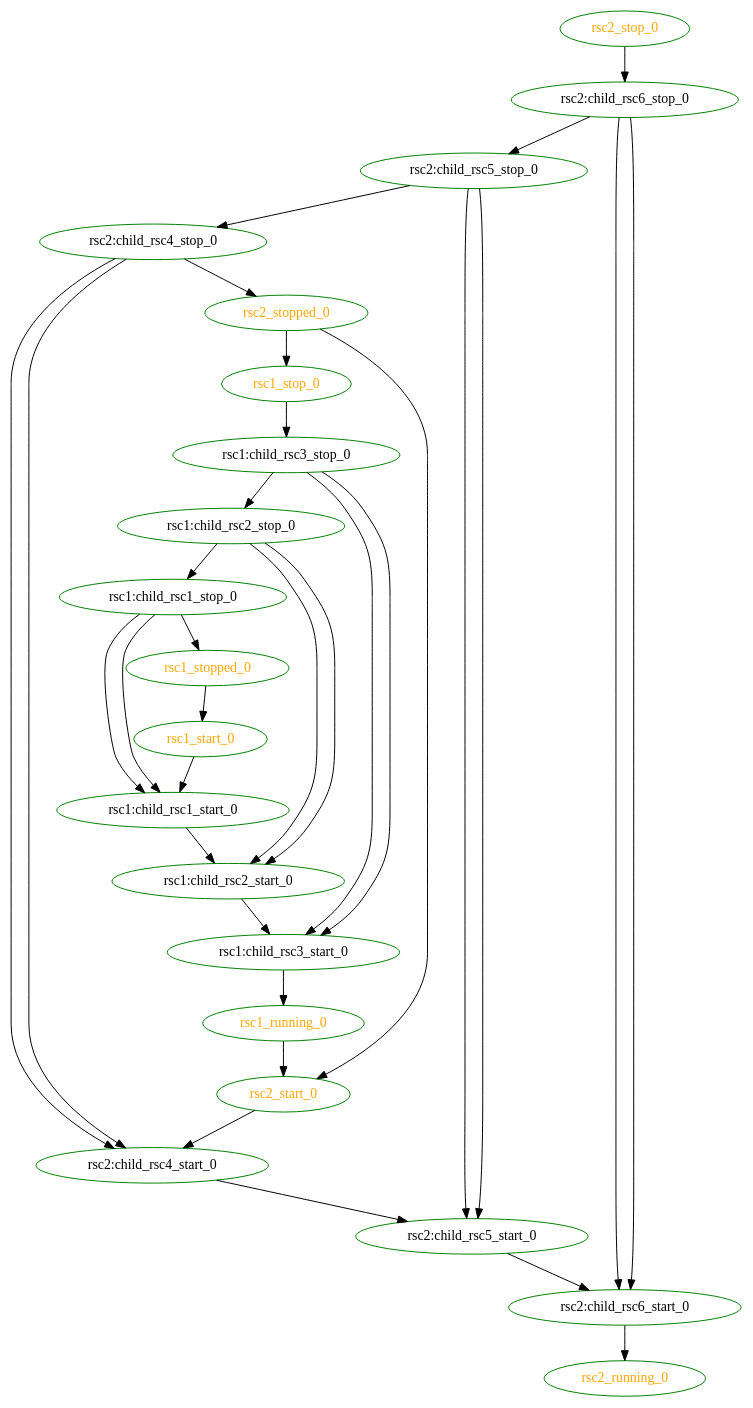
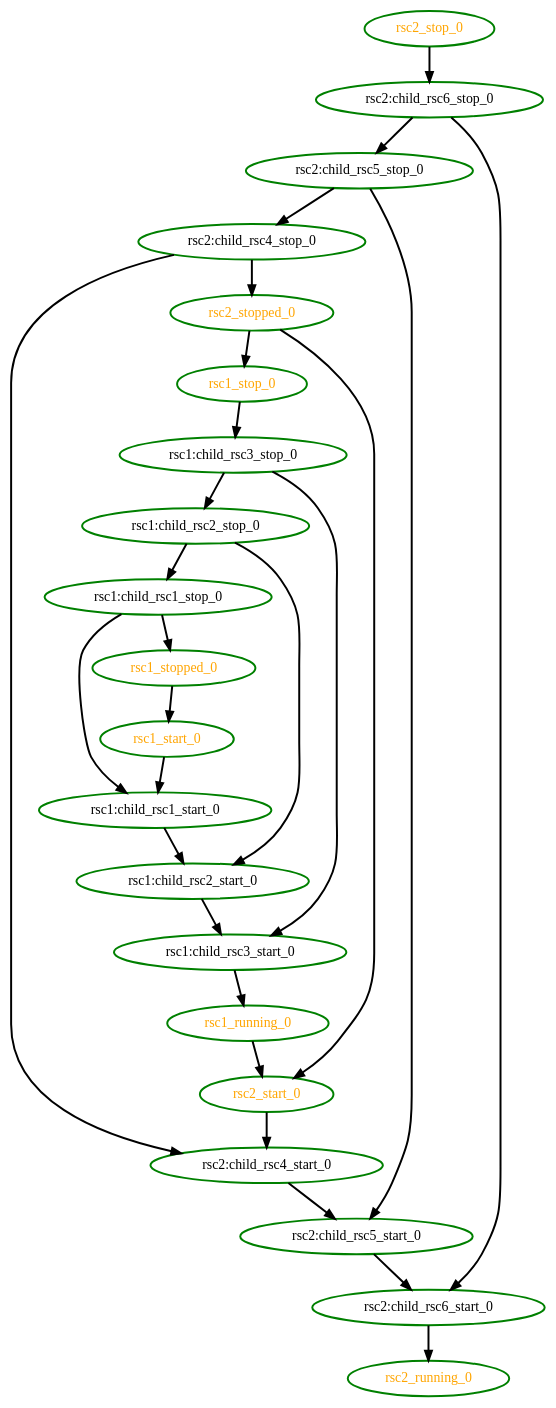
One commit to richiewen8/heartbeat changed the diagram in crm/pengine/testcases/group6.dot. Above: the diagram before and after it, drawn with Graphviz. The commit also changed 101 other files, not shown here.

```diff
--- a/crm/pengine/testcases/group6.dot
+++ b/crm/pengine/testcases/group6.dot
@@ -1,55 +1,49 @@
 digraph "g" {
 	size = "30,30"
-"rsc1:child_rsc1_stop_0" [ tooltip="node1" color="green" fontcolor="black" ]
-"rsc1:child_rsc1_start_0" [ tooltip="node2" color="green" fontcolor="black" ]
-"rsc1:child_rsc2_stop_0" [ tooltip="node1" color="green" fontcolor="black" ]
-"rsc1:child_rsc2_start_0" [ tooltip="node2" color="green" fontcolor="black" ]
-"rsc1:child_rsc3_stop_0" [ tooltip="node1" color="green" fontcolor="black" ]
-"rsc1:child_rsc3_start_0" [ tooltip="node2" color="green" fontcolor="black" ]
-"rsc1_start_0" [ tooltip="" color="green" fontcolor="orange" ]
-"rsc1_running_0" [ tooltip="" color="green" fontcolor="orange" ]
-"rsc1_stop_0" [ tooltip="" color="green" fontcolor="orange" ]
-"rsc1_stopped_0" [ tooltip="" color="green" fontcolor="orange" ]
-"rsc2:child_rsc4_stop_0" [ tooltip="node1" color="green" fontcolor="black" ]
-"rsc2:child_rsc4_start_0" [ tooltip="node2" color="green" fontcolor="black" ]
-"rsc2:child_rsc5_stop_0" [ tooltip="node1" color="green" fontcolor="black" ]
-"rsc2:child_rsc5_start_0" [ tooltip="node2" color="green" fontcolor="black" ]
-"rsc2:child_rsc6_stop_0" [ tooltip="node1" color="green" fontcolor="black" ]
-"rsc2:child_rsc6_start_0" [ tooltip="node2" color="green" fontcolor="black" ]
-"rsc2_start_0" [ tooltip="" color="green" fontcolor="orange" ]
-"rsc2_running_0" [ tooltip="" color="green" fontcolor="orange" ]
-"rsc2_stop_0" [ tooltip="" color="green" fontcolor="orange" ]
-"rsc2_stopped_0" [ tooltip="" color="green" fontcolor="orange" ]
-"rsc1:child_rsc2_stop_0" -> "rsc1:child_rsc1_stop_0"
-"rsc1:child_rsc1_stop_0" -> "rsc1:child_rsc1_start_0"
-"rsc1:child_rsc1_stop_0" -> "rsc1:child_rsc1_start_0"
-"rsc1_start_0" -> "rsc1:child_rsc1_start_0"
-"rsc1:child_rsc3_stop_0" -> "rsc1:child_rsc2_stop_0"
-"rsc1:child_rsc1_start_0" -> "rsc1:child_rsc2_start_0"
-"rsc1:child_rsc2_stop_0" -> "rsc1:child_rsc2_start_0"
-"rsc1:child_rsc2_stop_0" -> "rsc1:child_rsc2_start_0"
-"rsc1_stop_0" -> "rsc1:child_rsc3_stop_0"
-"rsc1:child_rsc2_start_0" -> "rsc1:child_rsc3_start_0"
-"rsc1:child_rsc3_stop_0" -> "rsc1:child_rsc3_start_0"
-"rsc1:child_rsc3_stop_0" -> "rsc1:child_rsc3_start_0"
-"rsc1_stopped_0" -> "rsc1_start_0"
-"rsc1:child_rsc3_start_0" -> "rsc1_running_0"
-"rsc2_stopped_0" -> "rsc1_stop_0"
-"rsc1:child_rsc1_stop_0" -> "rsc1_stopped_0"
-"rsc2:child_rsc5_stop_0" -> "rsc2:child_rsc4_stop_0"
-"rsc2:child_rsc4_stop_0" -> "rsc2:child_rsc4_start_0"
-"rsc2:child_rsc4_stop_0" -> "rsc2:child_rsc4_start_0"
-"rsc2_start_0" -> "rsc2:child_rsc4_start_0"
-"rsc2:child_rsc6_stop_0" -> "rsc2:child_rsc5_stop_0"
-"rsc2:child_rsc4_start_0" -> "rsc2:child_rsc5_start_0"
-"rsc2:child_rsc5_stop_0" -> "rsc2:child_rsc5_start_0"
-"rsc2:child_rsc5_stop_0" -> "rsc2:child_rsc5_start_0"
-"rsc2_stop_0" -> "rsc2:child_rsc6_stop_0"
-"rsc2:child_rsc5_start_0" -> "rsc2:child_rsc6_start_0"
-"rsc2:child_rsc6_stop_0" -> "rsc2:child_rsc6_start_0"
-"rsc2:child_rsc6_stop_0" -> "rsc2:child_rsc6_start_0"
-"rsc1_running_0" -> "rsc2_start_0"
-"rsc2_stopped_0" -> "rsc2_start_0"
-"rsc2:child_rsc6_start_0" -> "rsc2_running_0"
-"rsc2:child_rsc4_stop_0" -> "rsc2_stopped_0"
+"rsc1:child_rsc1_stop_0" [ tooltip="node1" style=bold color="green" fontcolor="black" ]
+"rsc1:child_rsc1_start_0" [ tooltip="node2" style=bold color="green" fontcolor="black" ]
+"rsc1:child_rsc2_stop_0" [ tooltip="node1" style=bold color="green" fontcolor="black" ]
+"rsc1:child_rsc2_start_0" [ tooltip="node2" style=bold color="green" fontcolor="black" ]
+"rsc1:child_rsc3_stop_0" [ tooltip="node1" style=bold color="green" fontcolor="black" ]
+"rsc1:child_rsc3_start_0" [ tooltip="node2" style=bold color="green" fontcolor="black" ]
+"rsc1_start_0" [ tooltip="" style=bold color="green" fontcolor="orange" ]
+"rsc1_running_0" [ tooltip="" style=bold color="green" fontcolor="orange" ]
+"rsc1_stop_0" [ tooltip="" style=bold color="green" fontcolor="orange" ]
+"rsc1_stopped_0" [ tooltip="" style=bold color="green" fontcolor="orange" ]
+"rsc2:child_rsc4_stop_0" [ tooltip="node1" style=bold color="green" fontcolor="black" ]
+"rsc2:child_rsc4_start_0" [ tooltip="node2" style=bold color="green" fontcolor="black" ]
+"rsc2:child_rsc5_stop_0" [ tooltip="node1" style=bold color="green" fontcolor="black" ]
+"rsc2:child_rsc5_start_0" [ tooltip="node2" style=bold color="green" fontcolor="black" ]
+"rsc2:child_rsc6_stop_0" [ tooltip="node1" style=bold color="green" fontcolor="black" ]
+"rsc2:child_rsc6_start_0" [ tooltip="node2" style=bold color="green" fontcolor="black" ]
+"rsc2_start_0" [ tooltip="" style=bold color="green" fontcolor="orange" ]
+"rsc2_running_0" [ tooltip="" style=bold color="green" fontcolor="orange" ]
+"rsc2_stop_0" [ tooltip="" style=bold color="green" fontcolor="orange" ]
+"rsc2_stopped_0" [ tooltip="" style=bold color="green" fontcolor="orange" ]
+"rsc1:child_rsc2_stop_0" -> "rsc1:child_rsc1_stop_0" [ style = bold]
+"rsc1:child_rsc1_stop_0" -> "rsc1:child_rsc1_start_0" [ style = bold]
+"rsc1_start_0" -> "rsc1:child_rsc1_start_0" [ style = bold]
+"rsc1:child_rsc3_stop_0" -> "rsc1:child_rsc2_stop_0" [ style = bold]
+"rsc1:child_rsc1_start_0" -> "rsc1:child_rsc2_start_0" [ style = bold]
+"rsc1:child_rsc2_stop_0" -> "rsc1:child_rsc2_start_0" [ style = bold]
+"rsc1_stop_0" -> "rsc1:child_rsc3_stop_0" [ style = bold]
+"rsc1:child_rsc2_start_0" -> "rsc1:child_rsc3_start_0" [ style = bold]
+"rsc1:child_rsc3_stop_0" -> "rsc1:child_rsc3_start_0" [ style = bold]
+"rsc1_stopped_0" -> "rsc1_start_0" [ style = bold]
+"rsc1:child_rsc3_start_0" -> "rsc1_running_0" [ style = bold]
+"rsc2_stopped_0" -> "rsc1_stop_0" [ style = bold]
+"rsc1:child_rsc1_stop_0" -> "rsc1_stopped_0" [ style = bold]
+"rsc2:child_rsc5_stop_0" -> "rsc2:child_rsc4_stop_0" [ style = bold]
+"rsc2:child_rsc4_stop_0" -> "rsc2:child_rsc4_start_0" [ style = bold]
+"rsc2_start_0" -> "rsc2:child_rsc4_start_0" [ style = bold]
+"rsc2:child_rsc6_stop_0" -> "rsc2:child_rsc5_stop_0" [ style = bold]
+"rsc2:child_rsc4_start_0" -> "rsc2:child_rsc5_start_0" [ style = bold]
+"rsc2:child_rsc5_stop_0" -> "rsc2:child_rsc5_start_0" [ style = bold]
+"rsc2_stop_0" -> "rsc2:child_rsc6_stop_0" [ style = bold]
+"rsc2:child_rsc5_start_0" -> "rsc2:child_rsc6_start_0" [ style = bold]
+"rsc2:child_rsc6_stop_0" -> "rsc2:child_rsc6_start_0" [ style = bold]
+"rsc1_running_0" -> "rsc2_start_0" [ style = bold]
+"rsc2_stopped_0" -> "rsc2_start_0" [ style = bold]
+"rsc2:child_rsc6_start_0" -> "rsc2_running_0" [ style = bold]
+"rsc2:child_rsc4_stop_0" -> "rsc2_stopped_0" [ style = bold]
 }
```
